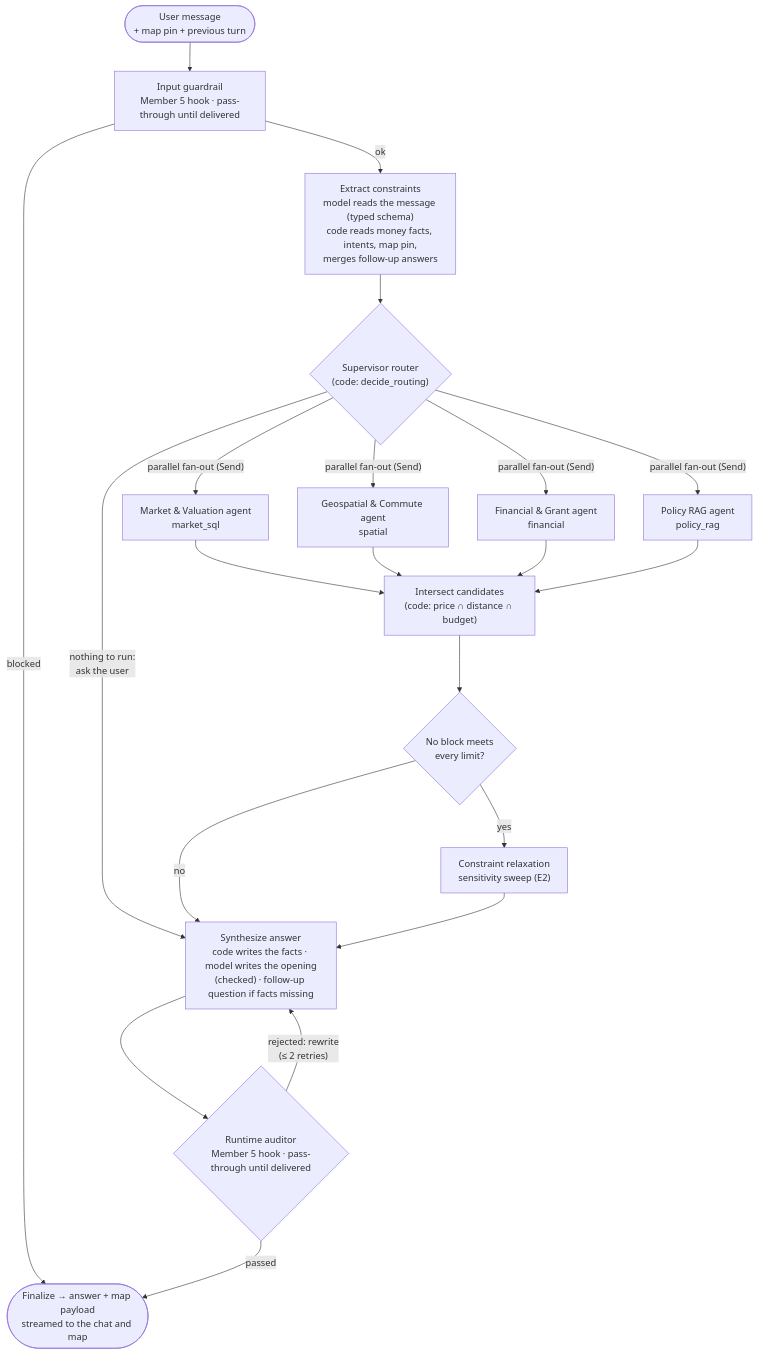
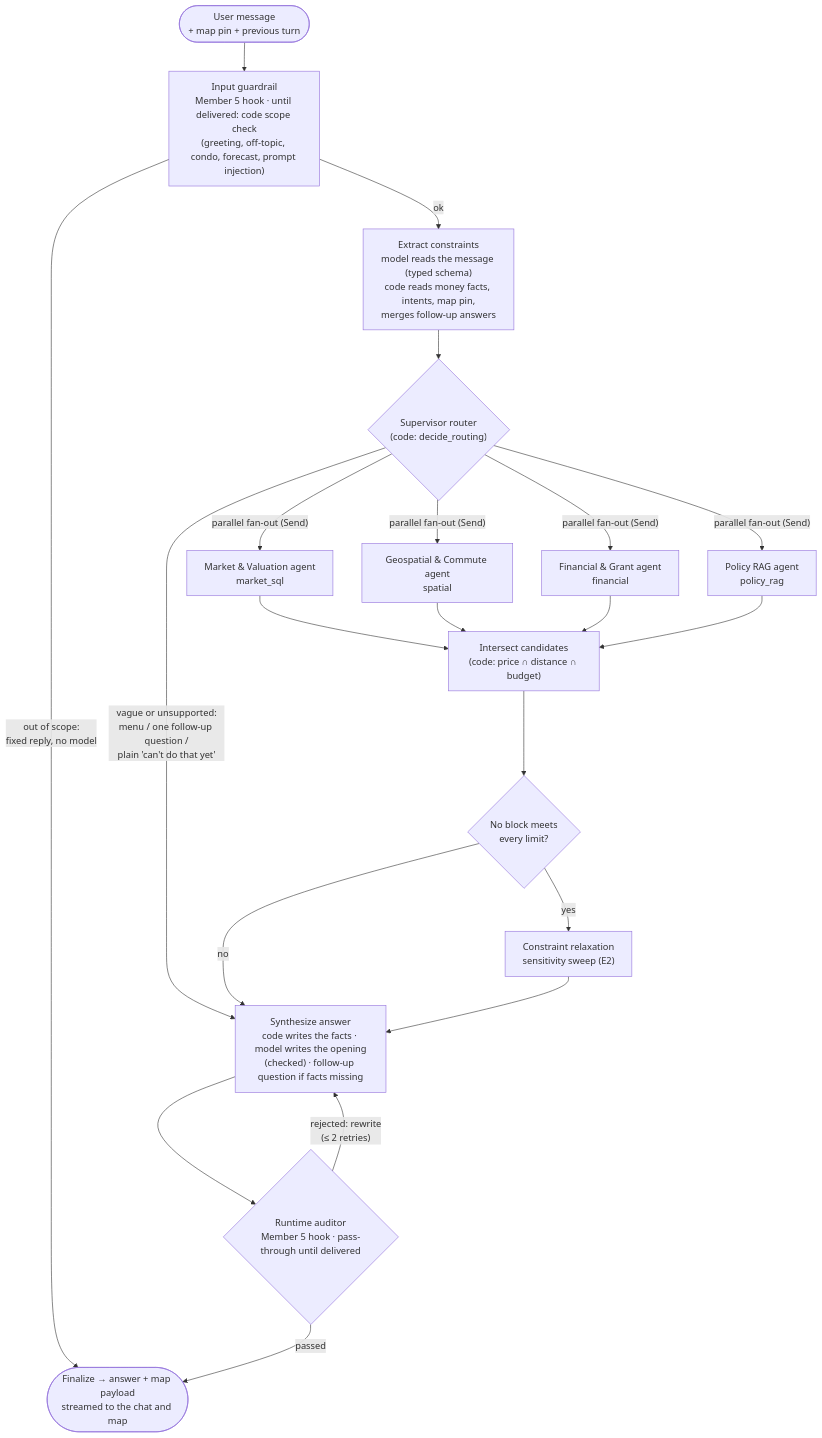
One commit to fcyap/HDB-Compass changed the second of 3 diagrams in README.md. Above: the diagram before and after it, drawn with Mermaid. The commit also changed other lines of this file, not shown here.

Commit message:
docs: README agent graph shows the scope check, menu and no-catch-all routing

````diff
--- a/README.md
+++ b/README.md
@@ -72,37 +72,37 @@
 ```mermaid
 flowchart TD
     Start(["User message<br/>+ map pin + previous turn"]) --> Guard
 
-    Guard["Input guardrail<br/>Member 5 hook · pass-through until delivered"]
-    Guard -->|"blocked"| Final
+    Guard["Input guardrail<br/>Member 5 hook · until delivered: code scope check<br/>(greeting, off-topic, condo, forecast, prompt injection)"]
+    Guard -->|"out of scope:<br/>fixed reply, no model"| Final
     Guard -->|"ok"| Extract
 
     Extract["Extract constraints<br/>model reads the message (typed schema)<br/>code reads money facts, intents, map pin,<br/>merges follow-up answers"]
     Extract --> Route
 
     Route{"Supervisor router<br/>(code: decide_routing)"}
-    Route -->|"nothing to run:<br/>ask the user"| Synth
+    Route -->|"vague or unsupported:<br/>menu / one follow-up question /<br/>plain 'can't do that yet'"| Synth
     Route -->|"parallel fan-out (Send)"| M & S & F & P
 
     M["Market & Valuation agent<br/>market_sql"]
     S["Geospatial & Commute agent<br/>spatial"]
     F["Financial & Grant agent<br/>financial"]
     P["Policy RAG agent<br/>policy_rag"]
 
     M & S & F & P --> Join
 
     Join["Intersect candidates<br/>(code: price ∩ distance ∩ budget)"]
     Join --> Relax{"No block meets<br/>every limit?"}
     Relax -->|"yes"| Sweep["Constraint relaxation<br/>sensitivity sweep (E2)"]
     Relax -->|"no"| Synth
     Sweep --> Synth
 
     Synth["Synthesize answer<br/>code writes the facts · model writes the opening<br/>(checked) · follow-up question if facts missing"]
     Synth --> Audit
 
     Audit{"Runtime auditor<br/>Member 5 hook · pass-through until delivered"}
     Audit -->|"rejected: rewrite<br/>(≤ 2 retries)"| Synth
     Audit -->|"passed"| Final
 
     Final(["Finalize → answer + map payload<br/>streamed to the chat and map"])
 ```
````
